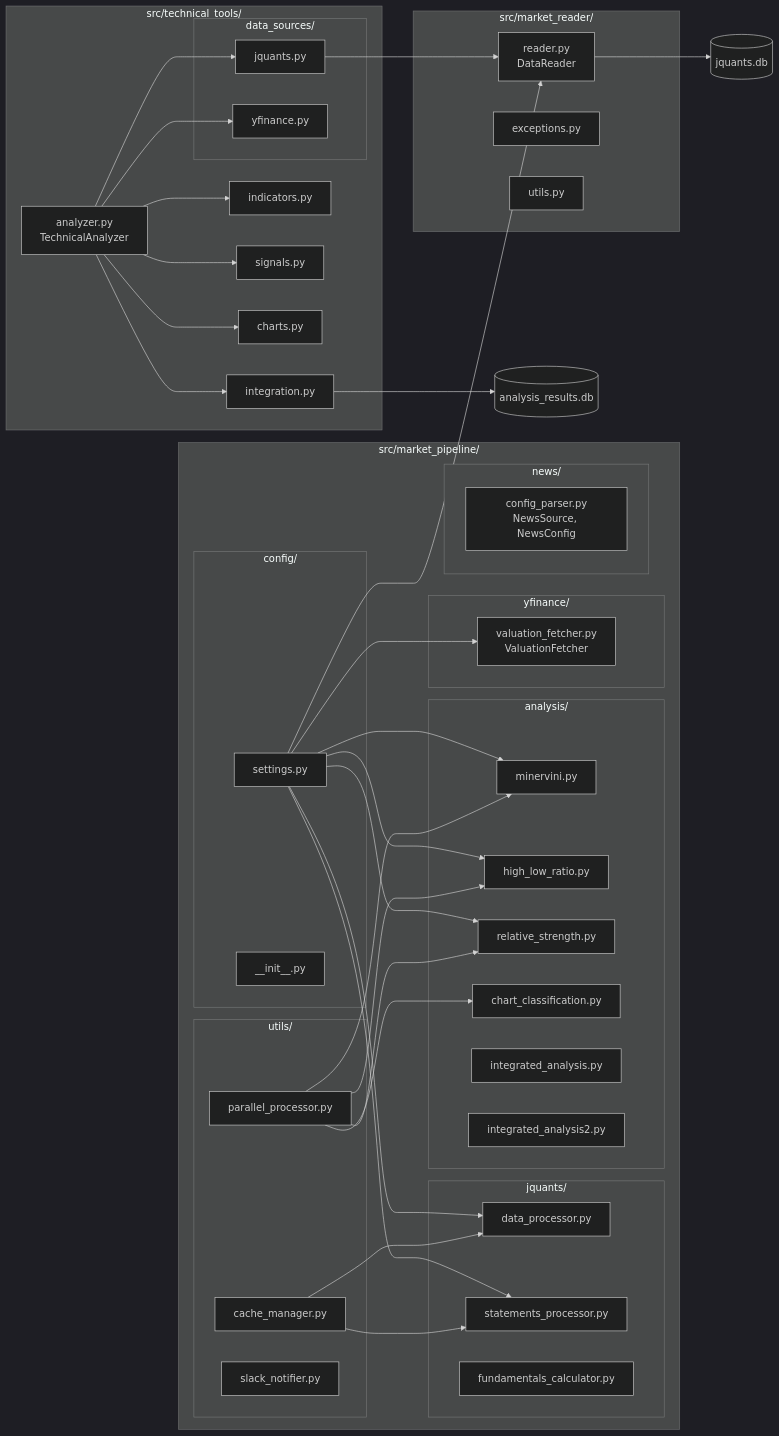
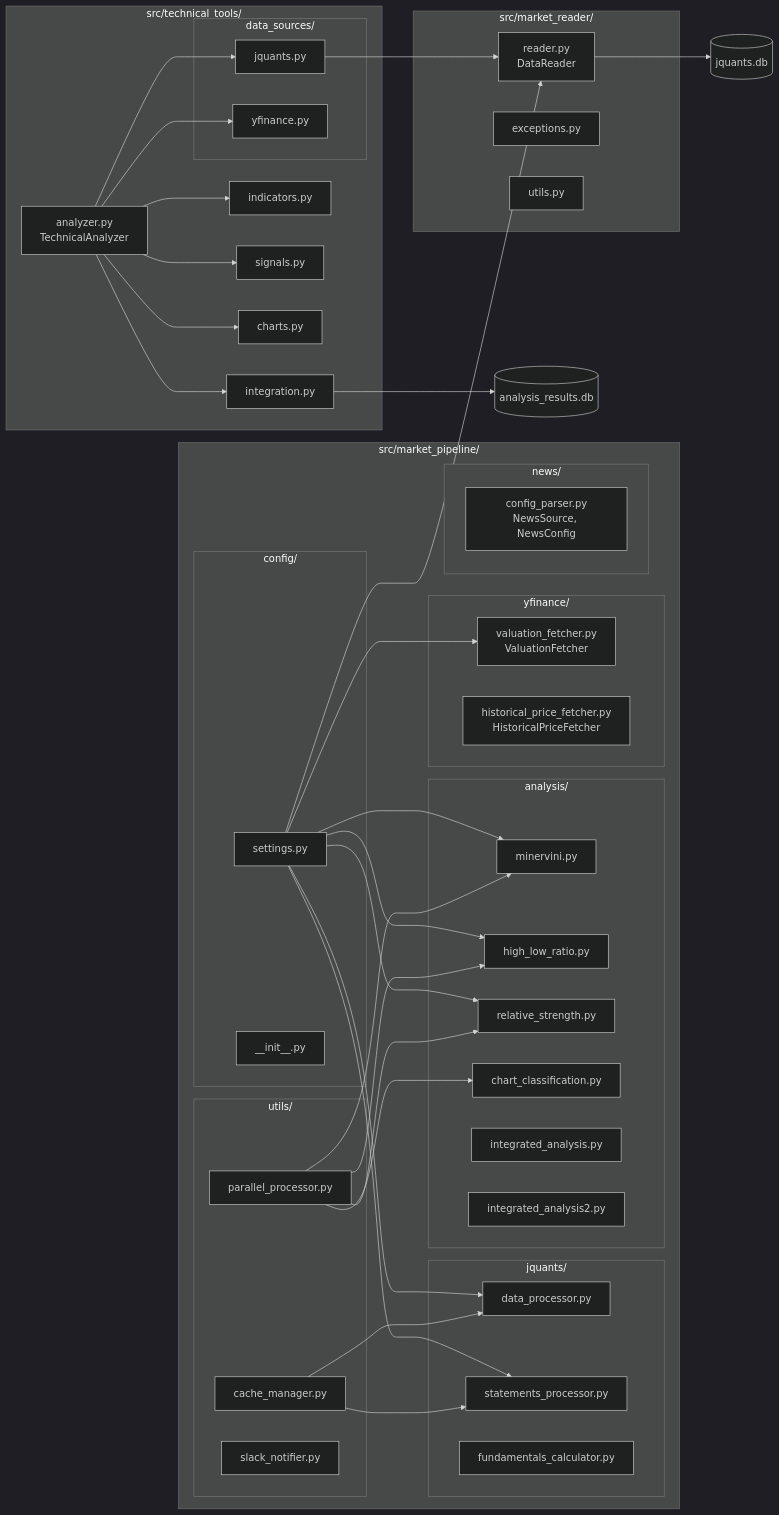
Before and after one commit to aidotters/stock-analysis: the second of 8 diagrams in docs/core/diagrams.md, drawn with Mermaid (dark theme). The commit also changed other lines of this file and 11 other files, not shown here.

```diff
--- a/docs/core/diagrams.md
+++ b/docs/core/diagrams.md
@@ -89,6 +92,7 @@
 
         subgraph YFinance["yfinance/"]
             VFM[valuation_fetcher.py<br/>ValuationFetcher]
+            HPFM[historical_price_fetcher.py<br/>HistoricalPriceFetcher]
         end
 
         subgraph News["news/"]
```
